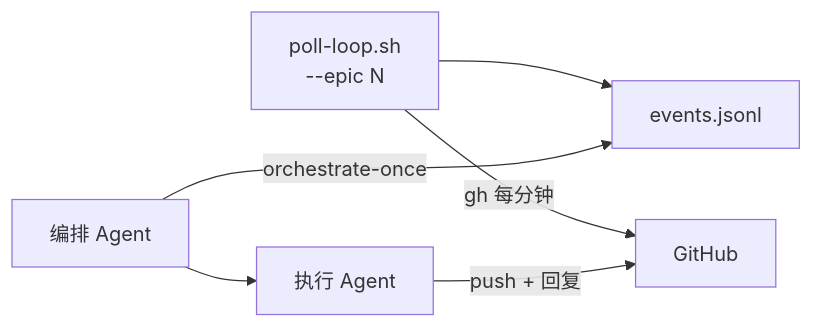
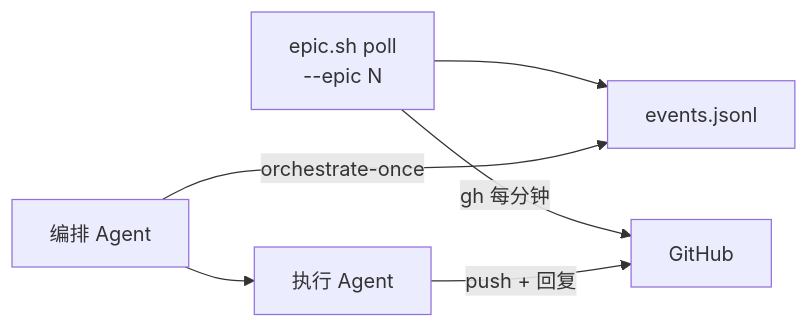
One commit to alibaba/loongcollector changed the diagram in .skill/skills/epic-delivery/references/orchestration-model.md. Above: the diagram before and after it, drawn with Mermaid. The commit also changed other lines of this file and 12 other files, not shown here.

````diff
--- a/.skill/skills/epic-delivery/references/orchestration-model.md
+++ b/.skill/skills/epic-delivery/references/orchestration-model.md
@@ -19,14 +19,14 @@
 ```mermaid
 flowchart LR
-  Poll["poll-loop.sh\n--epic N"]
+  Poll["epic.sh poll\n--epic N"]
   GH["GitHub"]
   Events["events.jsonl"]
   Orch["编排 Agent"]
   Sub["执行 Agent"]
 
   Poll -->|gh 每分钟| GH
   Poll --> Events
   Orch -->|orchestrate-once| Events
   Orch --> Sub
   Sub -->|push + 回复| GH
 ```
````
